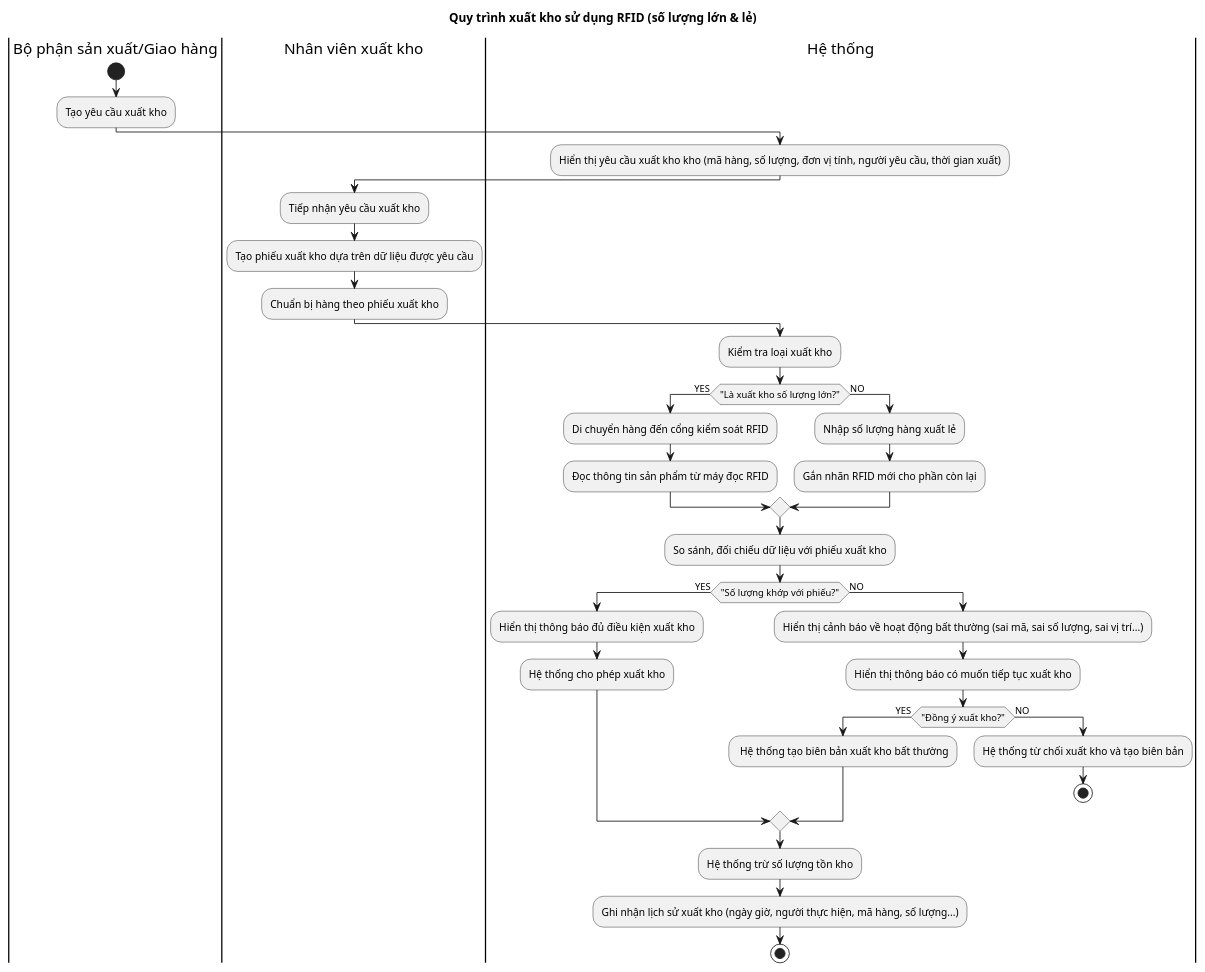
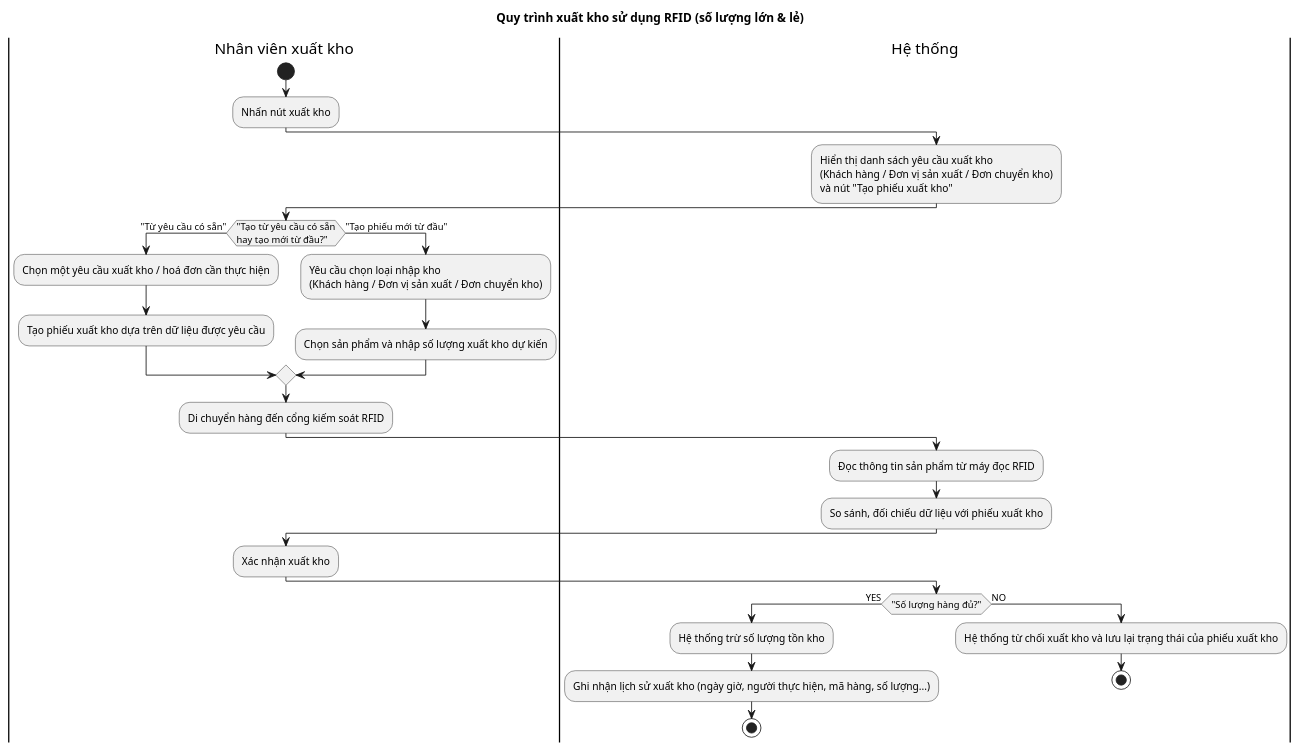
One commit to tuanemtramtinh/dacn-uml changed the diagram in Activity/XuatKho.plantuml. Above: the diagram before and after it, drawn with PlantUML. The commit also changed 31 other files, not shown here.

```diff
--- a/Activity/XuatKho.plantuml
+++ b/Activity/XuatKho.plantuml
@@ -1,60 +1,93 @@
 @startuml
+
 title Quy trình xuất kho sử dụng RFID (số lượng lớn & lẻ)
 
-|Bộ phận sản xuất/Giao hàng|
+' |Bộ phận sản xuất/Giao hàng|
+' start
+' :Tạo yêu cầu xuất kho;
+|Nhân viên xuất kho|
 start
-:Tạo yêu cầu xuất kho;
+:Nhấn nút xuất kho;
+
+|Hệ thống|
+:Hiển thị danh sách yêu cầu xuất kho
+(Khách hàng / Đơn vị sản xuất / Đơn chuyển kho)
+và nút "Tạo phiếu xuất kho";
 
 |Nhân viên xuất kho|
+if ("Tạo từ yêu cầu có sẵn\nhay tạo mới từ đầu?") then
+  -> "Từ yêu cầu có sẵn";
+  :Chọn một yêu cầu xuất kho / hoá đơn cần thực hiện;
+  :Tạo phiếu xuất kho dựa trên dữ liệu được yêu cầu;
+
+else
+  -> "Tạo phiếu mới từ đầu";
+  :Yêu cầu chọn loại nhập kho
+  (Khách hàng / Đơn vị sản xuất / Đơn chuyển kho);
+  |Nhân viên xuất kho|
+  :Chọn sản phẩm và nhập số lượng xuất kho dự kiến;
+endif
+
+' |Nhân viên xuất kho|
+' :Tiếp nhận yêu cầu xuất kho;
+' :Tạo phiếu xuất kho dựa trên dữ liệu được yêu cầu;
+' :Chuẩn bị hàng theo phiếu xuất kho;
+
+' |Hệ thống|
+' :Kiểm tra loại xuất kho;
+
+|Nhân viên xuất kho|
+:Di chuyển hàng đến cổng kiếm soát RFID;
 
 |Hệ thống|
-:Hiển thị yêu cầu xuất kho kho (mã hàng, số lượng, đơn vị tính, người yêu cầu, thời gian xuất);
-
-|Nhân viên xuất kho|
-:Tiếp nhận yêu cầu xuất kho;
-:Tạo phiếu xuất kho dựa trên dữ liệu được yêu cầu;
-:Chuẩn bị hàng theo phiếu xuất kho;
-
-|Hệ thống|
-:Kiểm tra loại xuất kho;
-
-if ("Là xuất kho số lượng lớn?") then
-  -> YES;
-  :Di chuyển hàng đến cổng kiểm soát RFID;
+:Đọc thông tin sản phẩm từ máy đọc RFID;
+' if ("Là xuất kho số lượng lớn?") then
   
-  |Hệ thống|
-  :Đọc thông tin sản phẩm từ máy đọc RFID;
-else
-  -> NO;
-  :Nhập số lượng hàng xuất lẻ;
+'   -> YES;
+'   :Di chuyển hàng đến cổng kiểm soát RFID;
   
-  |Hệ thống|
-  :Gắn nhãn RFID mới cho phần còn lại;
-endif
+'   :Đọc thông tin sản phẩm từ máy đọc RFID;
+' else
+'   -> NO;
+'   :Nhập số lượng hàng xuất lẻ;
+  
+'   :Gắn nhãn RFID mới cho phần còn lại;
+' endif
 
 |Hệ thống|
 :So sánh, đối chiếu dữ liệu với phiếu xuất kho;
 
-if ("Số lượng khớp với phiếu?") then
+|Nhân viên xuất kho|
+:Xác nhận xuất kho;
+
+|Hệ thống|
+if ("Số lượng hàng đủ?") then
   -> YES;
-  :Hiển thị thông báo đủ điều kiện xuất kho;
-  :Hệ thống cho phép xuất kho;
+  :Hệ thống trừ số lượng tồn kho;
+  :Ghi nhận lịch sử xuất kho (ngày giờ, người thực hiện, mã hàng, số lượng...);
+  stop
 else
   -> NO;
-  :Hiển thị cảnh báo về hoạt động bất thường (sai mã, sai số lượng, sai vị trí...);
-  :Hiển thị thông báo có muốn tiếp tục xuất kho;
-  if ("Đồng ý xuất kho?") then
-    -> YES;
-    : Hệ thống tạo biên bản xuất kho bất thường;
-  else
-    -> NO;
-    :Hệ thống từ chối xuất kho và tạo biên bản;
-    stop
-  endif
-endif
+  :Hệ thống từ chối xuất kho và lưu lại trạng thái của phiếu xuất kho;
+  stop
+' if ("Số lượng khớp với phiếu?") then
+'   -> YES;
+'   :Hiển thị thông báo đủ điều kiện xuất kho;
+'   :Hệ thống cho phép xuất kho;
+' else
+'   -> NO;
+'   :Hiển thị cảnh báo về hoạt động bất thường (sai mã, sai số lượng, sai vị trí...);
+'   :Hiển thị thông báo có muốn tiếp tục xuất kho;
+'   if ("Đồng ý xuất kho?") then
+'     -> YES;
+'     : Hệ thống tạo biên bản xuất kho bất thường;
+'   else
+'     -> NO;
+'     :Hệ thống từ chối xuất kho và tạo biên bản;
+'     stop
+'   endif
+' endif
 
-:Hệ thống trừ số lượng tồn kho;
-:Ghi nhận lịch sử xuất kho (ngày giờ, người thực hiện, mã hàng, số lượng...);
-stop
+
 
 @enduml
```
